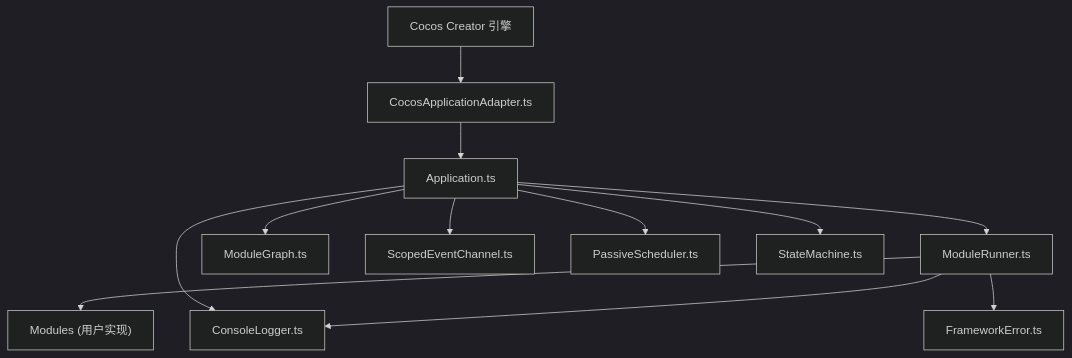
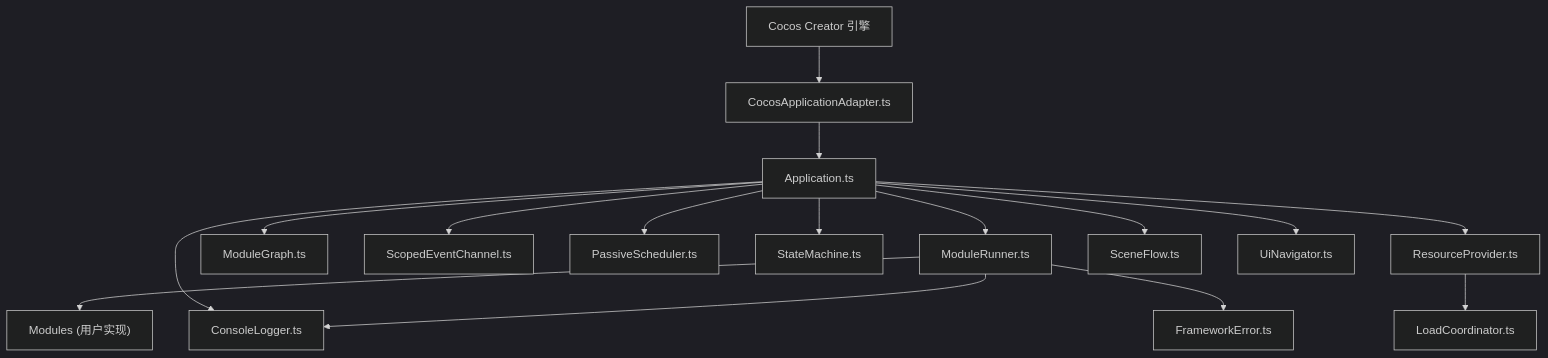
One commit to leviseek/ai-game-kit changed the second of 13 diagrams in .qoder/repowiki/zh/content/框架架构/框架架构.md. Above: the diagram before and after it, drawn with Mermaid (dark theme). The commit also changed other lines of this file and 39 other files, not shown here.

````diff
--- a/.qoder/repowiki/zh/content/框架架构/框架架构.md
+++ b/.qoder/repowiki/zh/content/框架架构/框架架构.md
@@ -149,25 +174,33 @@
 ```mermaid
 graph TB
 Engine["Cocos Creator 引擎"]
 Adapter["CocosApplicationAdapter.ts"]
 App["Application.ts"]
 Runner["ModuleRunner.ts"]
 Graph["ModuleGraph.ts"]
 Modules["Modules (用户实现)"]
 Logger["ConsoleLogger.ts"]
 Events["ScopedEventChannel.ts"]
 Scheduler["PassiveScheduler.ts"]
 FSM["StateMachine.ts"]
 Errors["FrameworkError.ts"]
+ResourceProv["ResourceProvider.ts"]
+LoadCoord["LoadCoordinator.ts"]
+SceneFlow["SceneFlow.ts"]
+UiNav["UiNavigator.ts"]
 Engine --> Adapter
 Adapter --> App
 App --> Runner
 App --> Graph
 Runner --> Modules
 App --> Logger
 Runner --> Logger
 App --> Events
 Runner --> Errors
 App --> Scheduler
 App --> FSM
+App --> ResourceProv
+ResourceProv --> LoadCoord
+App --> SceneFlow
+App --> UiNav
 ```
````
